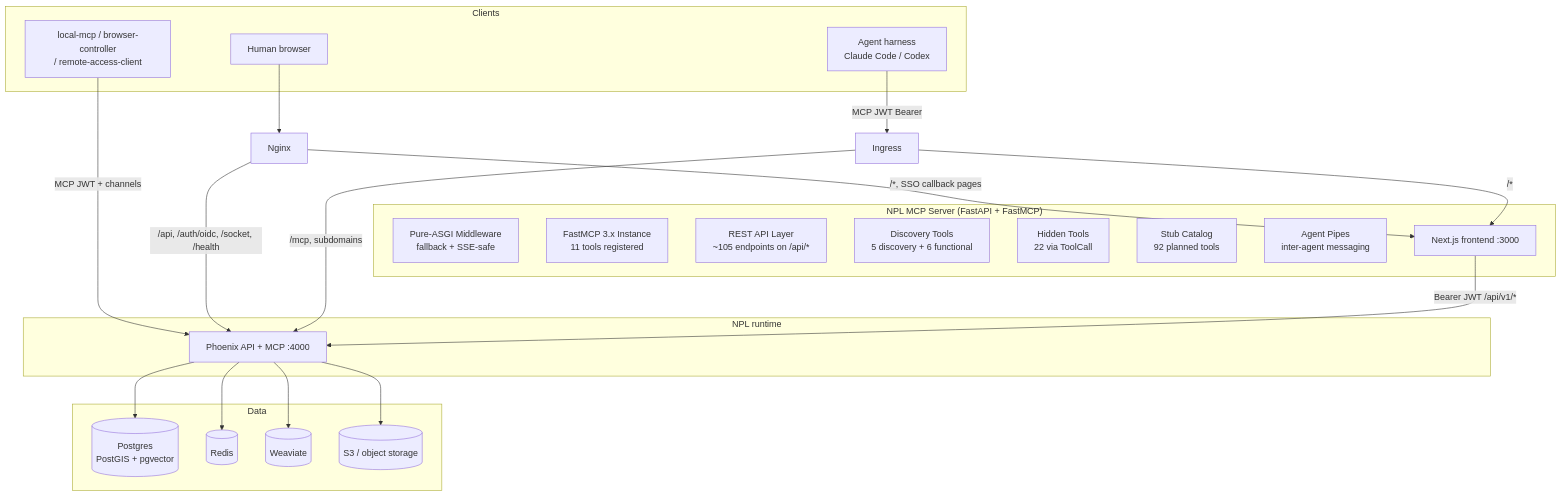
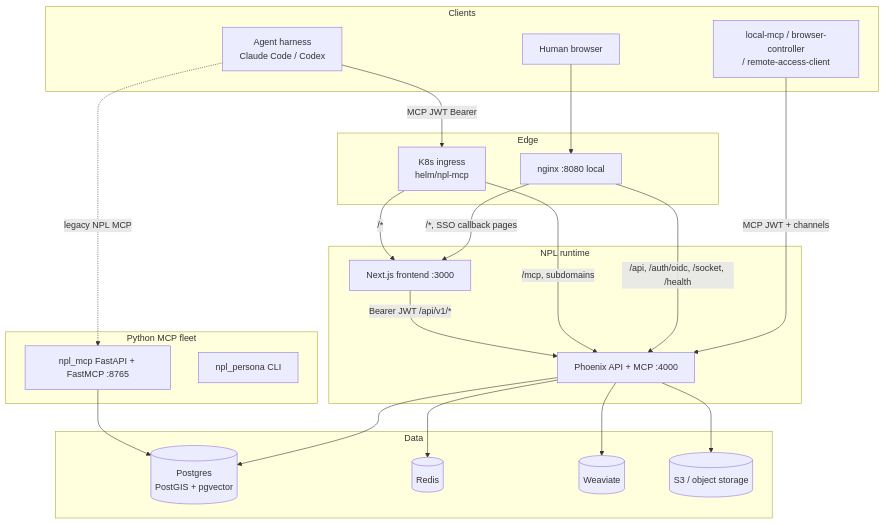
One commit to noizu-labs-ml/NoizuPromptLingo changed the first of 3 diagrams in docs/PROJ-ARCH.md. Above: the diagram before and after it, drawn with Mermaid. The commit also changed other lines of this file and 9 other files, not shown here.

Commit message:
docs: refresh PROJ-LAYOUT/SCHEMA/ARCH docs (2026-09-01 doc sweep)

````diff
--- a/docs/PROJ-ARCH.md
+++ b/docs/PROJ-ARCH.md
@@ -22,44 +20,45 @@
 ```mermaid
 graph TB
   subgraph Clients
     Browser[Human browser]
     Harness[Agent harness<br/>Claude Code / Codex]
     LocalTools[local-mcp / browser-controller<br/>/ remote-access-client]
   end
 
-    subgraph "NPL MCP Server (FastAPI + FastMCP)"
-        MW[Pure-ASGI Middleware<br/>fallback + SSE-safe]
-        MCP[FastMCP 3.x Instance<br/>11 tools registered]
-        REST[REST API Layer<br/>~105 endpoints on /api/*]
-        Meta[Discovery Tools<br/>5 discovery + 6 functional]
-        Hidden[Hidden Tools<br/>22 via ToolCall]
-        Stubs[Stub Catalog<br/>92 planned tools]
-        Pipes[Agent Pipes<br/>inter-agent messaging]
-        FE[Next.js Frontend<br/>static export]
-    end
+  subgraph Edge
+    Nginx[nginx :8080 local]
+    Ingress[K8s ingress<br/>helm/npl-mcp]
+  end
 
   subgraph "NPL runtime"
     FE[Next.js frontend :3000]
     BE[Phoenix API + MCP :4000]
+  end
+
+  subgraph "Python MCP fleet"
+    PY[npl_mcp FastAPI + FastMCP :8765]
+    PERSONA[npl_persona CLI]
   end
 
   subgraph Data
     PG[(Postgres<br/>PostGIS + pgvector)]
     Redis[(Redis)]
     WV[(Weaviate)]
     S3[(S3 / object storage)]
   end
 
   Browser --> Nginx
   Harness -->|MCP JWT Bearer| Ingress
   LocalTools -->|MCP JWT + channels| BE
   Nginx -->|"/api, /auth/oidc, /socket, /health"| BE
   Nginx -->|"/*, SSO callback pages"| FE
   Ingress -->|/mcp, subdomains| BE
   Ingress -->|/*| FE
+  FE -->|Bearer JWT /api/v1/*| BE
   BE --> PG
   BE --> Redis
   BE --> WV
   BE --> S3
-  FE -->|Bearer JWT /api/v1/*| BE
+  PY --> PG
+  Harness -.->|legacy NPL MCP| PY
 ```
````
